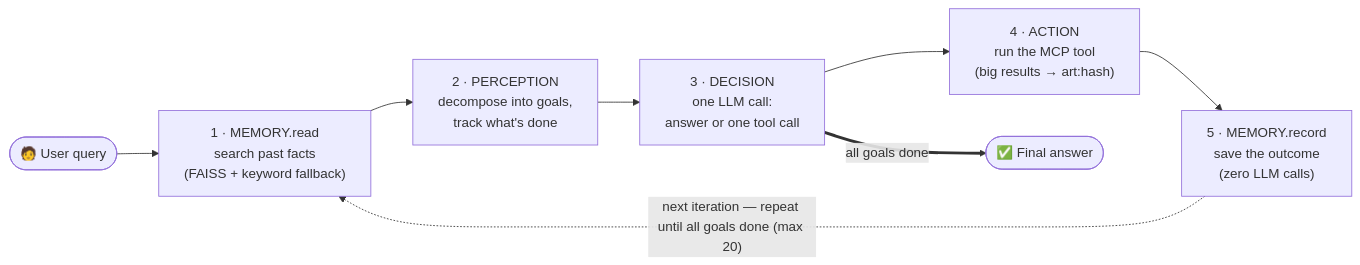
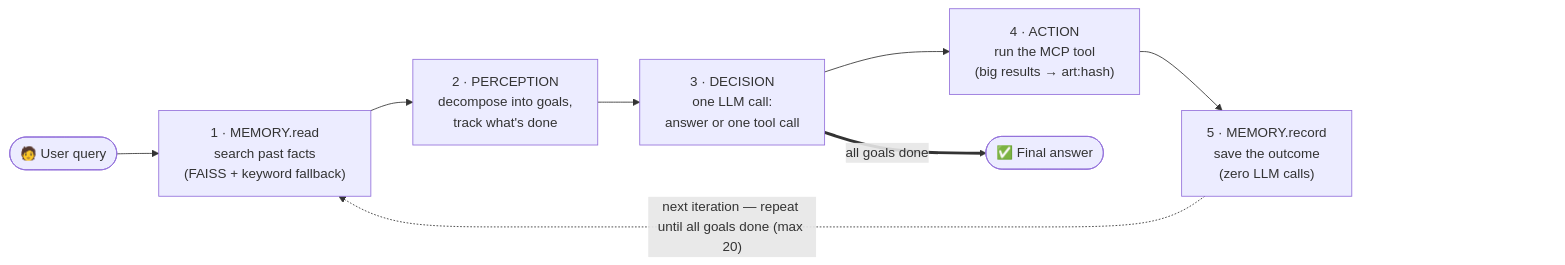
One commit to SIDDHIK-355/7.Agentic-RAG-System-for-Document-Question-Answering changed the first of 3 diagrams in README.md. Above: the diagram before and after it, drawn with Mermaid.

Commit message:
Reserve empty space so GitHub's Mermaid zoom controls don't cover the last node

````diff
--- a/README.md
+++ b/README.md
@@ -25,10 +25,12 @@
 ```mermaid
 flowchart LR
     U(["🧑 User query"]) --> M1["1 · MEMORY.read<br>search past facts<br>(FAISS + keyword fallback)"]
     M1 --> P["2 · PERCEPTION<br>decompose into goals,<br>track what's done"]
     P --> D["3 · DECISION<br>one LLM call:<br>answer or one tool call"]
     D --> A["4 · ACTION<br>run the MCP tool<br>(big results → art:hash)"]
     A --> M2["5 · MEMORY.record<br>save the outcome<br>(zero LLM calls)"]
     M2 -. "next iteration — repeat until all goals done (max 20)" .-> M1
     D == "all goals done" ==> F(["✅ Final answer"])
+    M2 ~~~ SP["_______________"]
+    style SP fill:none,stroke:none,color:transparent
 ```
````
